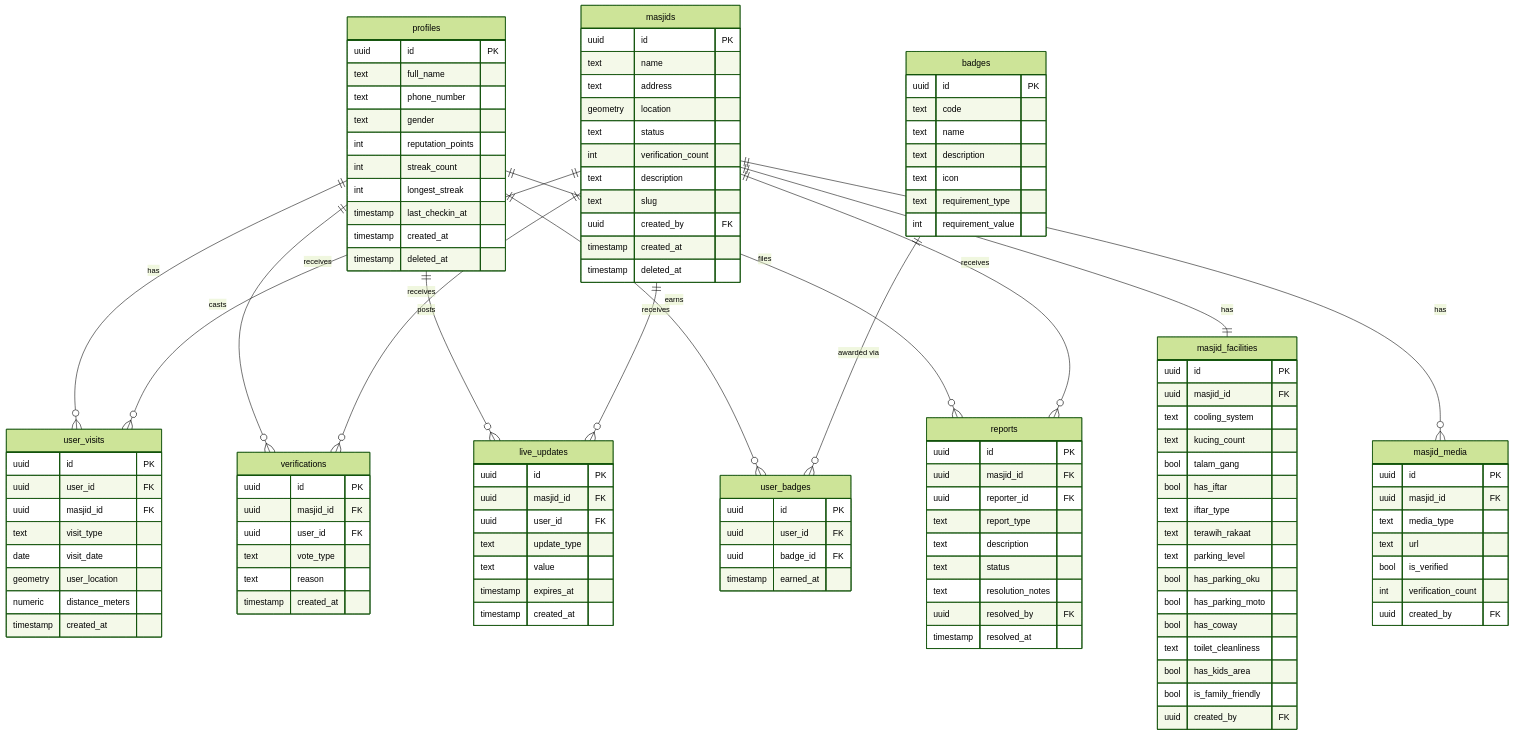
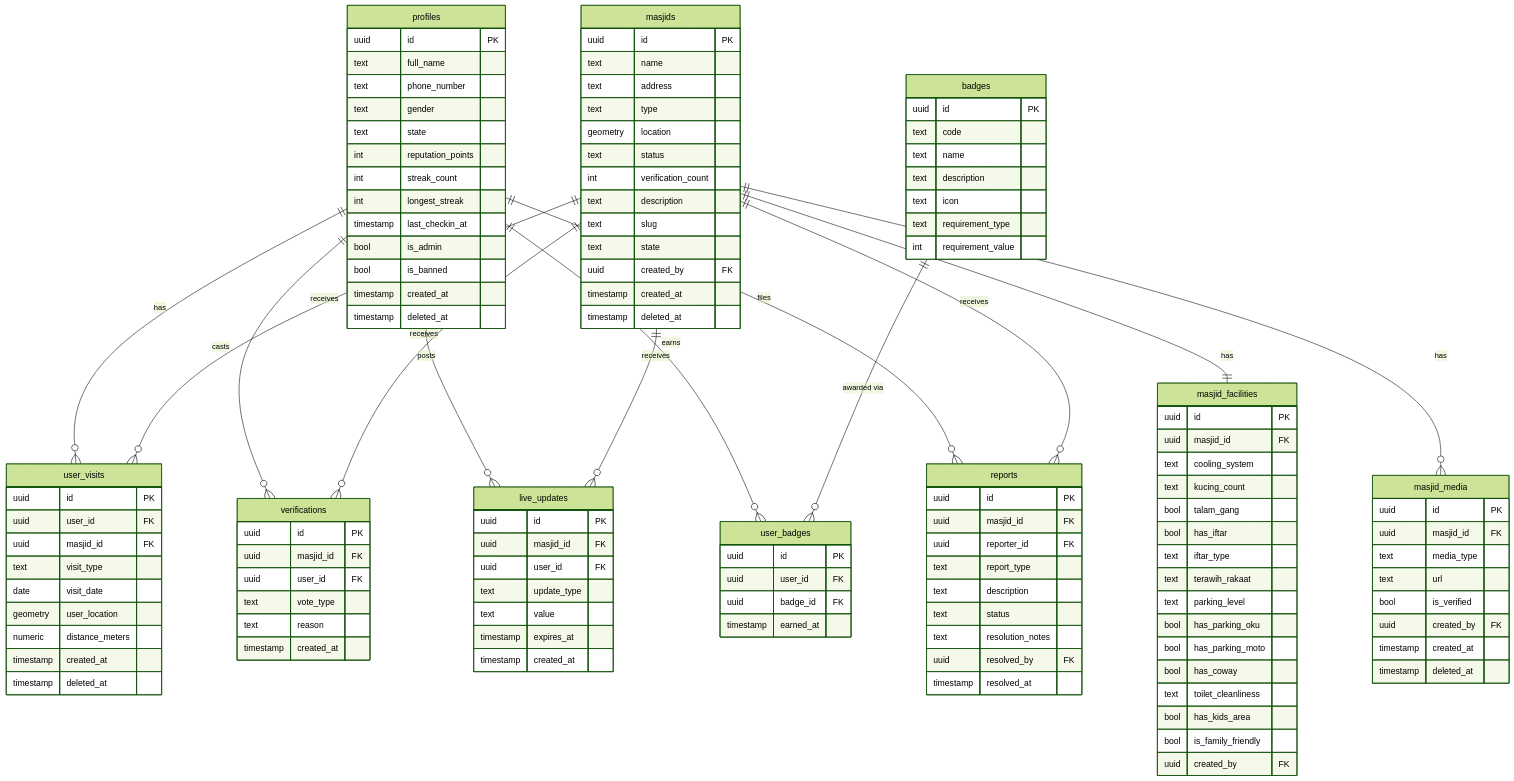
The sixth of 12 diagrams in README.md (snsyaqirah/SinggahLuhh), drawn with Mermaid (forest theme) before and after one commit. The commit also changed other lines of this file, not shown here.

```diff
--- a/README.md
+++ b/README.md
@@ -207,10 +341,13 @@
         text full_name
         text phone_number
         text gender
+        text state
         int reputation_points
         int streak_count
         int longest_streak
         timestamp last_checkin_at
+        bool is_admin
+        bool is_banned
         timestamp created_at
         timestamp deleted_at
     }
@@ -219,11 +356,13 @@
         uuid id PK
         text name
         text address
+        text type
         geometry location
         text status
         int verification_count
         text description
         text slug
+        text state
         uuid created_by FK
         timestamp created_at
         timestamp deleted_at
@@ -254,8 +393,9 @@
         text media_type
         text url
         bool is_verified
-        int verification_count
         uuid created_by FK
+        timestamp created_at
+        timestamp deleted_at
     }
 
     user_visits {
@@ -267,6 +407,7 @@
         geometry user_location
         numeric distance_meters
         timestamp created_at
+        timestamp deleted_at
     }
 
     verifications {
```
